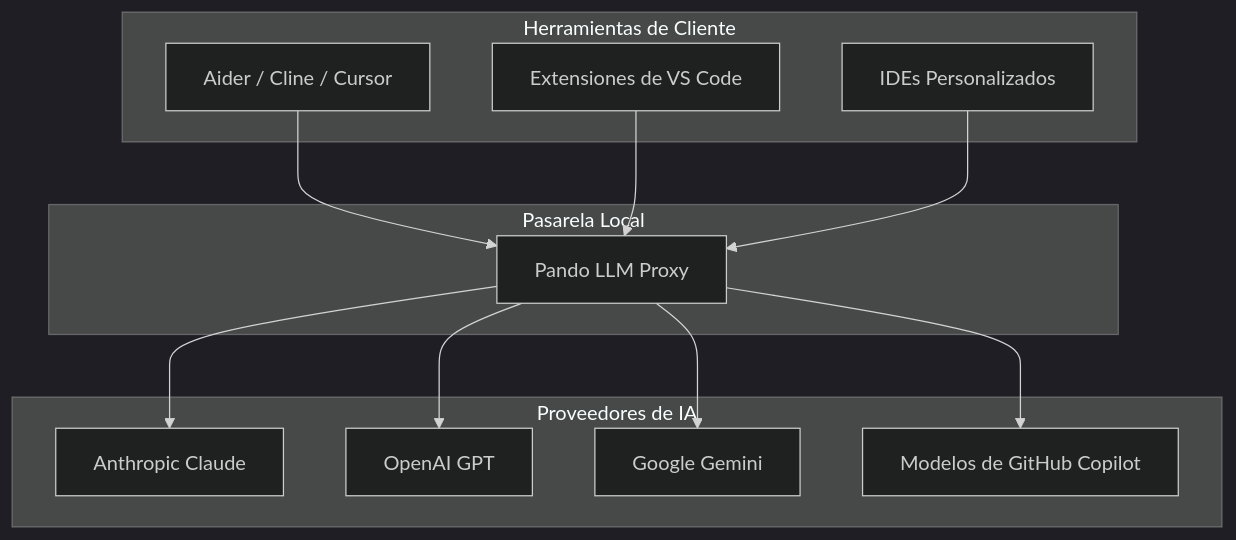
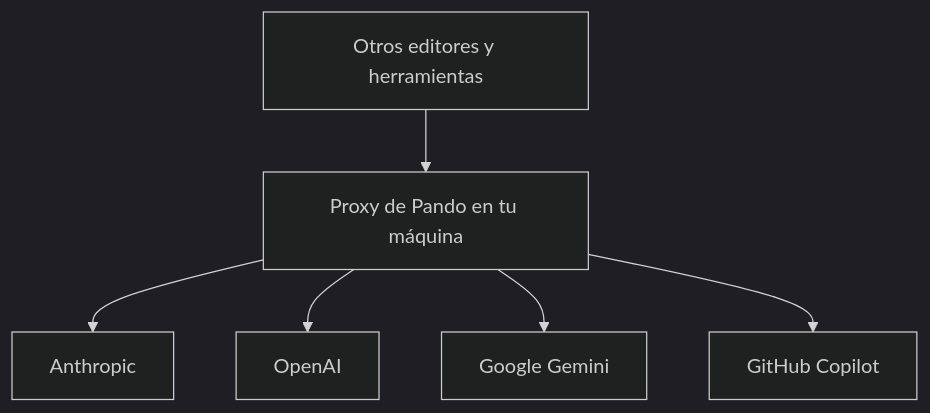
Before and after one commit to madeindigio/pando-docs: the diagram in content/es/docs/features/llm-proxy.md, drawn with Mermaid (dark theme). The commit also changed other lines of this file and 216 other files, not shown here.

````diff
--- a/content/es/docs/features/llm-proxy.md
+++ b/content/es/docs/features/llm-proxy.md
@@ -14,28 +19,8 @@
 ```mermaid
 flowchart TD
-    subgraph Herramientas de Cliente
-        Aider[Aider / Cline / Cursor]
-        VSCode[Extensiones de VS Code]
-        Other[IDEs Personalizados]
-    end
-
-    subgraph Pasarela Local
-        PandoProxy[Pando LLM Proxy]
-    end
-
-    subgraph Proveedores de IA
-        Anthropic[Anthropic Claude]
-        OpenAI[OpenAI GPT]
-        Gemini[Google Gemini]
-        Copilot[Modelos de GitHub Copilot]
-    end
-
-    Aider --> PandoProxy
-    VSCode --> PandoProxy
-    Other --> PandoProxy
-
-    PandoProxy --> Anthropic
-    PandoProxy --> OpenAI
-    PandoProxy --> Gemini
-    PandoProxy --> Copilot
+    A[Otros editores y herramientas] --> P[Proxy de Pando en tu máquina]
+    P --> B[Anthropic]
+    P --> C[OpenAI]
+    P --> D[Google Gemini]
+    P --> E[GitHub Copilot]
 ```
````
